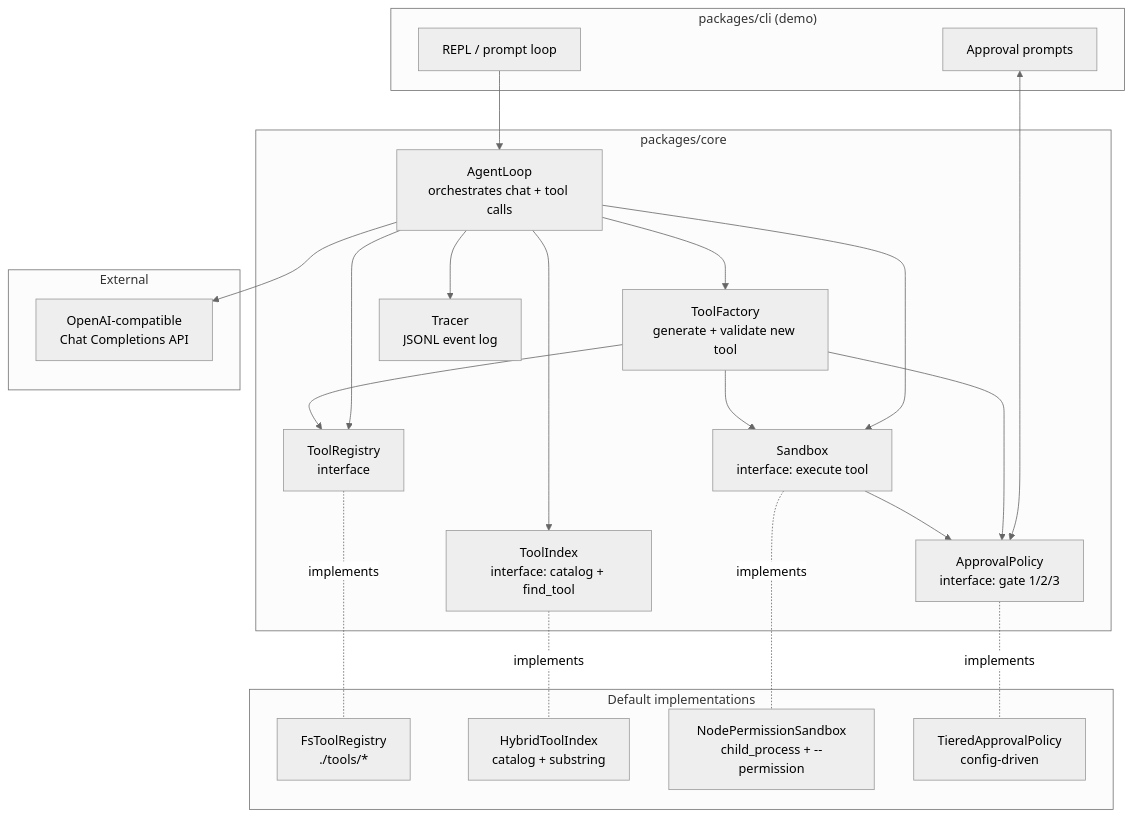
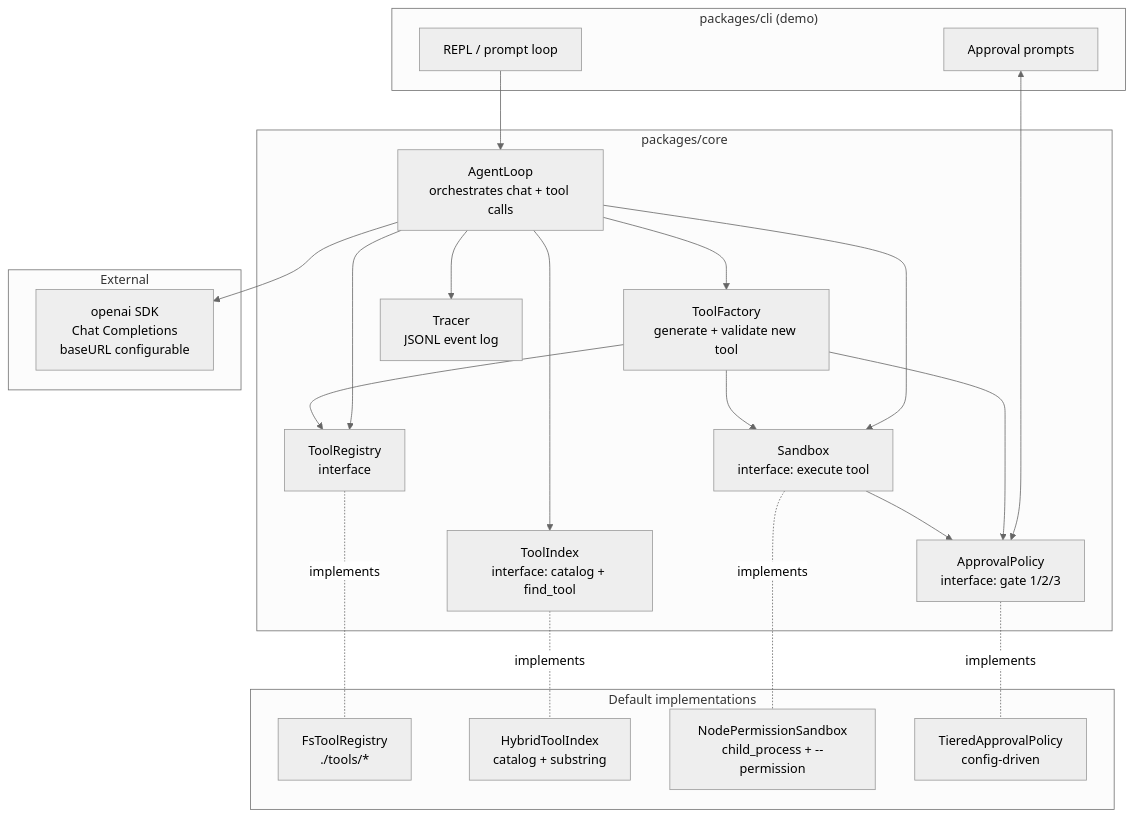
Before and after one commit to slior/meta-agent: the first of 4 diagrams in docs/meta-tool-design.md, drawn with Mermaid (neutral theme). The commit also changed other lines of this file, not shown here.

First line of the commit message:
Switch LLM integration to official openai SDK

````diff
--- a/docs/meta-tool-design.md
+++ b/docs/meta-tool-design.md
@@ -53,46 +53,46 @@
 ```mermaid
 flowchart TB
     subgraph CLI["packages/cli (demo)"]
         REPL[REPL / prompt loop]
         TUI[Approval prompts]
     end
 
     subgraph Core["packages/core"]
         AL[AgentLoop<br/>orchestrates chat + tool calls]
         TR[ToolRegistry<br/>interface]
         TI[ToolIndex<br/>interface: catalog + find_tool]
         SB[Sandbox<br/>interface: execute tool]
         AP[ApprovalPolicy<br/>interface: gate 1/2/3]
         TF[ToolFactory<br/>generate + validate new tool]
         TRC[Tracer<br/>JSONL event log]
     end
 
     subgraph Impls["Default implementations"]
         FSR[FsToolRegistry<br/>./tools/*]
         HYB[HybridToolIndex<br/>catalog + substring]
         NPS[NodePermissionSandbox<br/>child_process + --permission]
         TAP[TieredApprovalPolicy<br/>config-driven]
     end
 
     subgraph External
-        LLM[OpenAI-compatible<br/>Chat Completions API]
+        LLM[openai SDK<br/>Chat Completions<br/>baseURL configurable]
     end
 
     REPL --> AL
     TUI <--> AP
     AL --> TI
     AL --> TR
     AL --> SB
     AL --> TF
     AL --> TRC
     AL --> LLM
     TF --> AP
     TF --> TR
     TF --> SB
     SB --> AP
 
     TR -.implements.- FSR
     TI -.implements.- HYB
     SB -.implements.- NPS
     AP -.implements.- TAP
 ```
````
